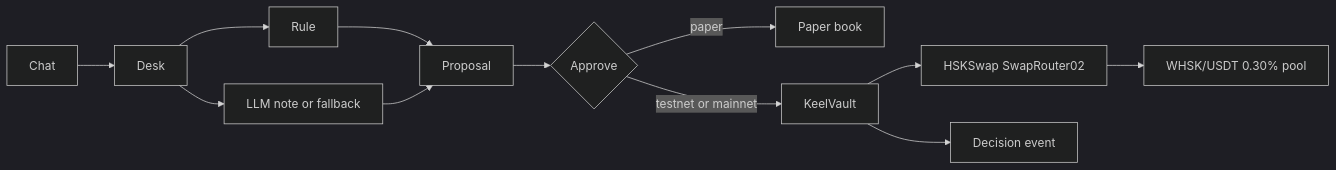
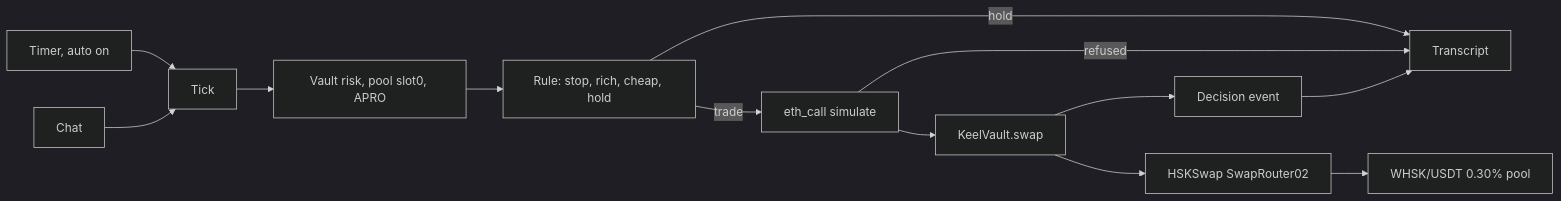
One commit to yayguru/keel-hsk changed the diagram in README.md. Above: the diagram before and after it, drawn with Mermaid (dark theme). The commit also changed other lines of this file and 20 other files, not shown here.

````diff
--- a/README.md
+++ b/README.md
@@ -17,14 +47,15 @@
 ```mermaid
 flowchart LR
-  user[Chat] --> desk[Desk]
-  desk --> rule[Rule]
-  desk --> llm[LLM note or fallback]
-  rule --> proposal[Proposal]
-  llm --> proposal
-  proposal --> approve{Approve}
-  approve -->|paper| book[Paper book]
-  approve -->|testnet or mainnet| vault[KeelVault]
+  timer[Timer, auto on] --> tick[Tick]
+  chat[Chat] --> tick
+  tick --> read[Vault risk, pool slot0, APRO]
+  read --> rule[Rule: stop, rich, cheap, hold]
+  rule -->|hold| log[Transcript]
+  rule -->|trade| sim[eth_call simulate]
+  sim -->|refused| log
+  sim --> vault[KeelVault.swap]
   vault --> router[HSKSwap SwapRouter02]
   router --> pool[WHSK/USDT 0.30% pool]
-  vault --> log[Decision event]
+  vault --> event[Decision event]
+  event --> log
 ```
````
